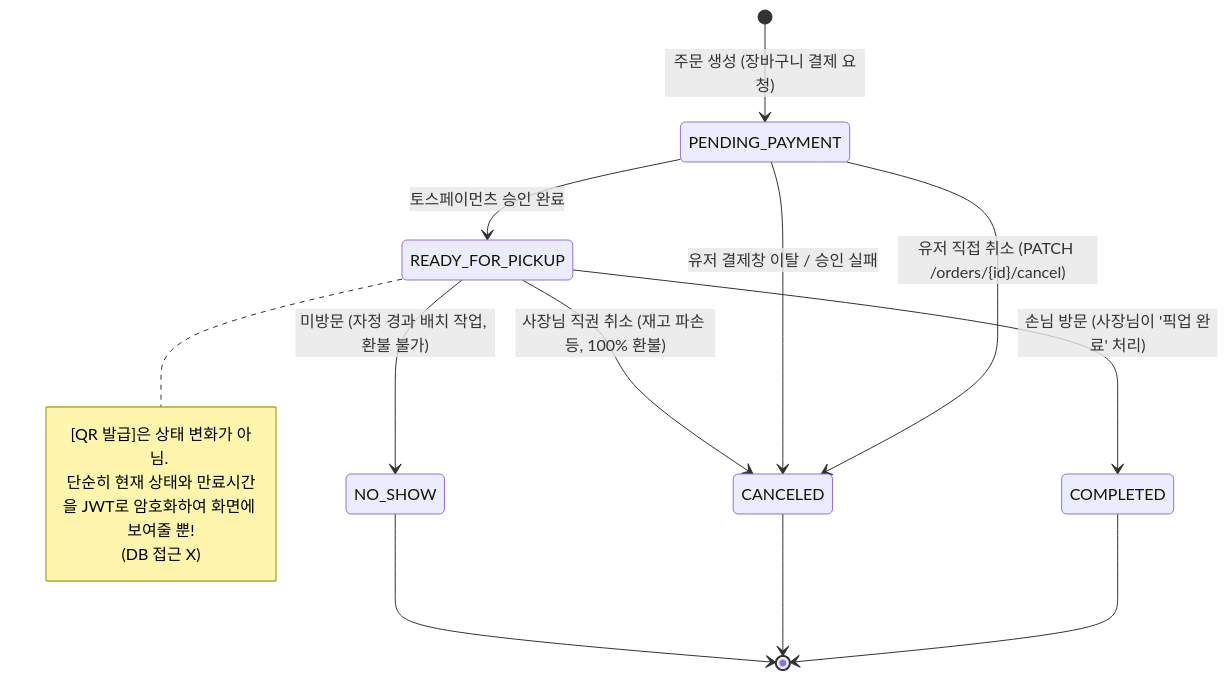
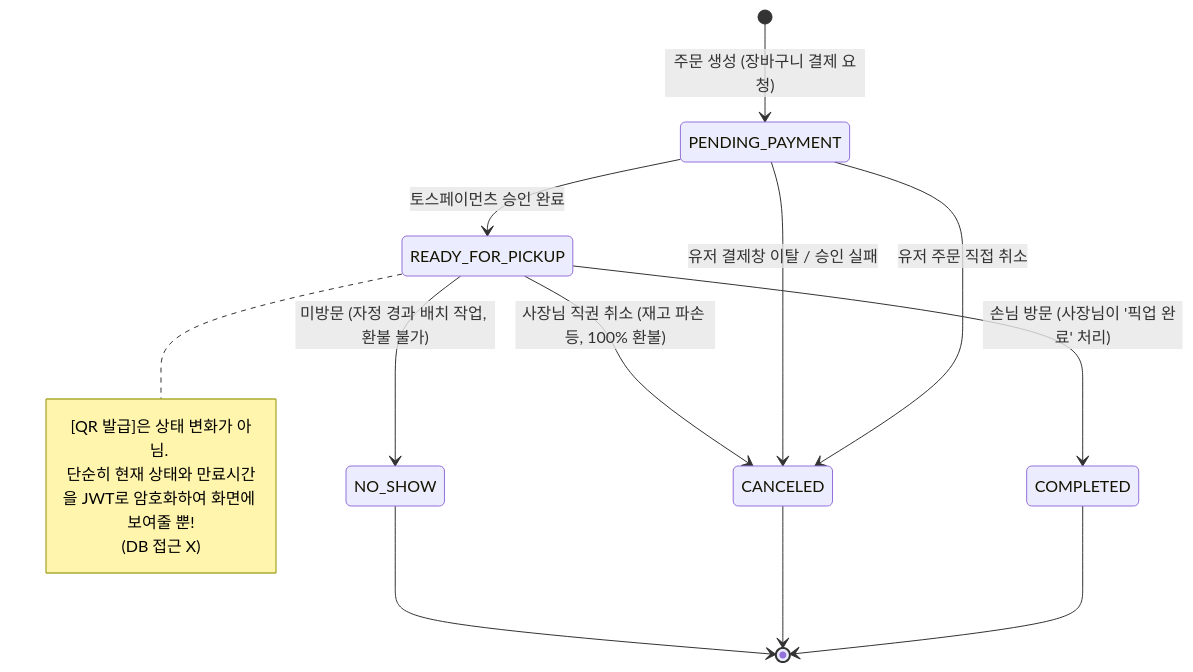
Before and after one commit to maenggyuno/timedeal-platform-docs: the first of 2 diagrams in README.md, drawn with Mermaid.

````diff
--- a/README.md
+++ b/README.md
@@ -60,26 +60,26 @@
 ```mermaid
 stateDiagram-v2
     %% 시작점
     [*] --> PENDING_PAYMENT : 주문 생성 (장바구니 결제 요청)
 
     %% 결제 대기 단계
     
-    PENDING_PAYMENT --> CANCELED : 유저 직접 취소 (PATCH /orders/{id}/cancel)
+    PENDING_PAYMENT --> CANCELED : 유저 주문 직접 취소
     PENDING_PAYMENT --> CANCELED : 유저 결제창 이탈 / 승인 실패
     PENDING_PAYMENT --> READY_FOR_PICKUP : 토스페이먼츠 승인 완료
     note right of READY_FOR_PICKUP
       [QR 발급]은 상태 변화가 아님. 
       단순히 현재 상태와 만료시간을 JWT로 암호화하여 화면에 보여줄 뿐!
       (DB 접근 X)
     end note
 
     %% 픽업 대기 단계 (핵심 비즈니스 로직 분기)
     READY_FOR_PICKUP --> COMPLETED : 손님 방문 (사장님이 '픽업 완료' 처리)
     READY_FOR_PICKUP --> CANCELED : 사장님 직권 취소 (재고 파손 등, 100% 환불)
     READY_FOR_PICKUP --> NO_SHOW : 미방문 (자정 경과 배치 작업, 환불 불가)
 
     %% 종료점
     COMPLETED --> [*]
     CANCELED --> [*]
     NO_SHOW --> [*]
 ```
````
